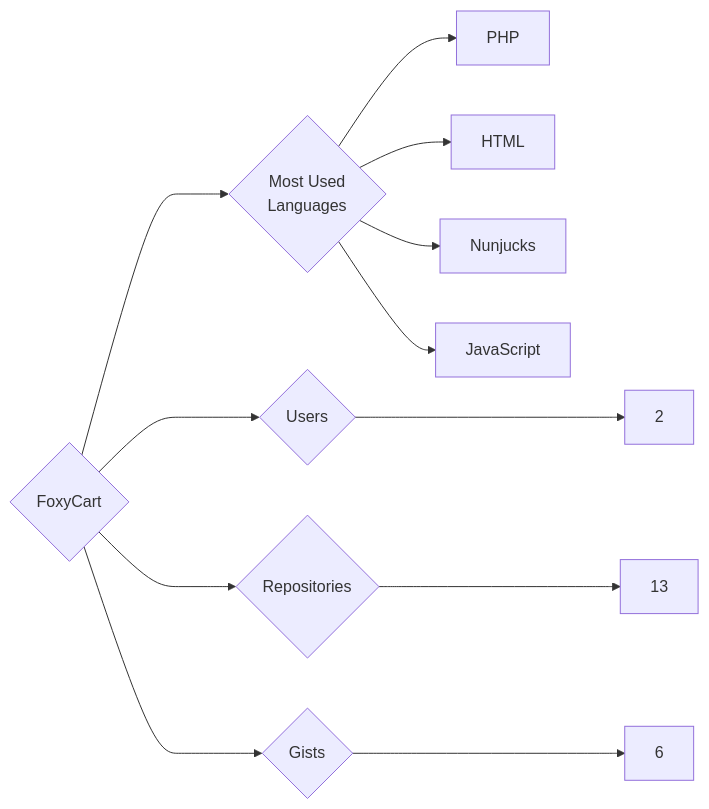
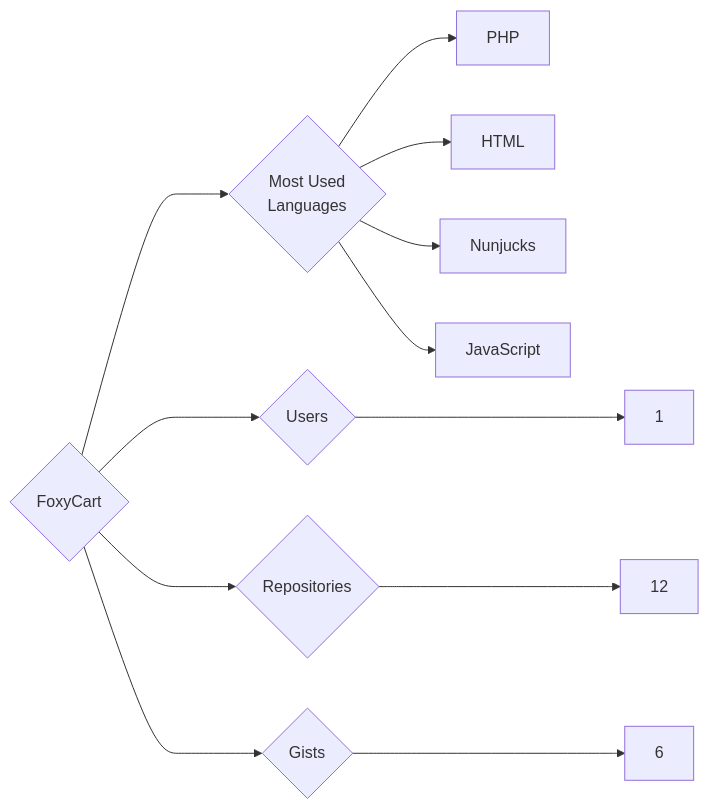
The diagram in targets/FoxyCart/README.md (trickest/insiders), drawn with Mermaid before and after one commit. The commit also changed 965 other files, not shown here.

````diff
--- a/targets/FoxyCart/README.md
+++ b/targets/FoxyCart/README.md
@@ -3,12 +3,12 @@
 ```mermaid
 graph LR
 COMPANY_NAME{FoxyCart}
-COMPANY_NAME ---> U{Users} ---> UN[2]
-COMPANY_NAME ---> R{Repositories} ---> RN[13]
+COMPANY_NAME ---> U{Users} ---> UN[1]
+COMPANY_NAME ---> R{Repositories} ---> RN[12]
 COMPANY_NAME ---> G{Gists} ---> GN[6]
 COMPANY_NAME ---> ML{Most Used<br>Languages}
 ML --> PHP[PHP]
 ML --> HTML[HTML]
 ML --> Nunjucks[Nunjucks]
 ML --> JavaScript[JavaScript]
 ```
````
